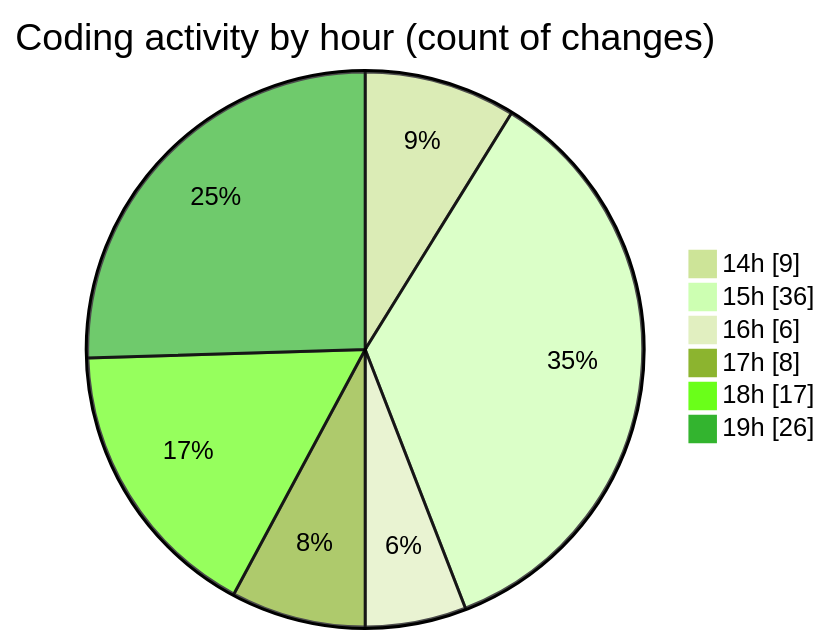
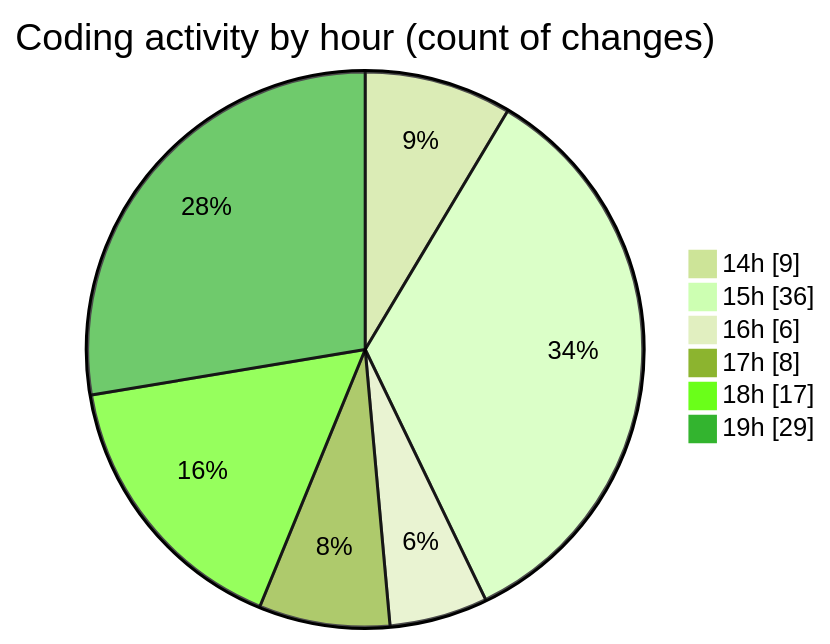
One commit to Ritupan-Deka/code-tracking changed the second of 2 diagrams in 2025-06-17/projects/README.md. Above: the diagram before and after it, drawn with Mermaid (forest theme). The commit also changed other lines of this file and 1 other file, not shown here.

````diff
--- a/2025-06-17/projects/README.md
+++ b/2025-06-17/projects/README.md
@@ -29,10 +29,10 @@
 ```mermaid
 pie showData
 title Coding activity by hour (count of changes)
 "14h" : 9
 "15h" : 36
 "16h" : 6
 "17h" : 8
 "18h" : 17
-"19h" : 26
+"19h" : 29
 ```
````
